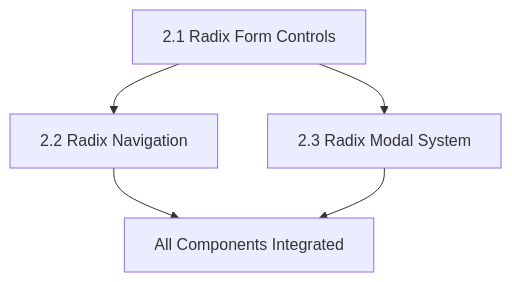
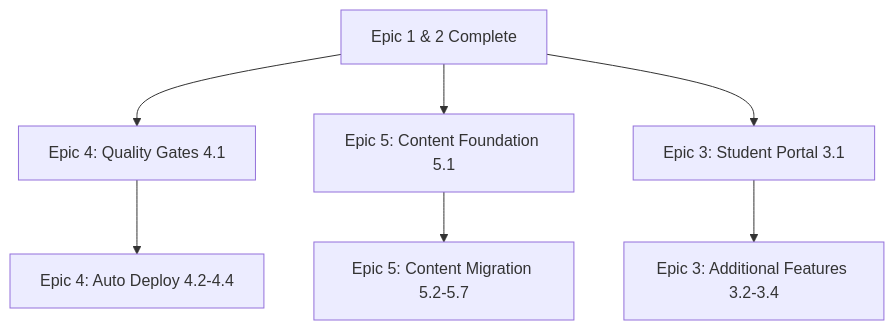
Before and after one commit to springfield-commonwealth/sciss-client: the third of 3 diagrams in docs/stories/EPIC-DEPENDENCIES-MAP.md, drawn with Mermaid. The commit also changed other lines of this file and 24 other files, not shown here.

````diff
--- a/docs/stories/EPIC-DEPENDENCIES-MAP.md
+++ b/docs/stories/EPIC-DEPENDENCIES-MAP.md
@@ -169,7 +184,9 @@
 ```mermaid
 graph TD
-    A[2.1 Radix Form Controls] --> B[2.2 Radix Navigation]
-    A --> C[2.3 Radix Modal System]
-    B --> D[All Components Integrated]
-    C --> D
+    A[Epic 1 & 2 Complete] --> B[Epic 4: Quality Gates 4.1]
+    A --> C[Epic 5: Content Foundation 5.1]
+    A --> D[Epic 3: Student Portal 3.1]
+    B --> E[Epic 4: Auto Deploy 4.2-4.4]
+    C --> F[Epic 5: Content Migration 5.2-5.7]
+    D --> G[Epic 3: Additional Features 3.2-3.4]
 ```
````
